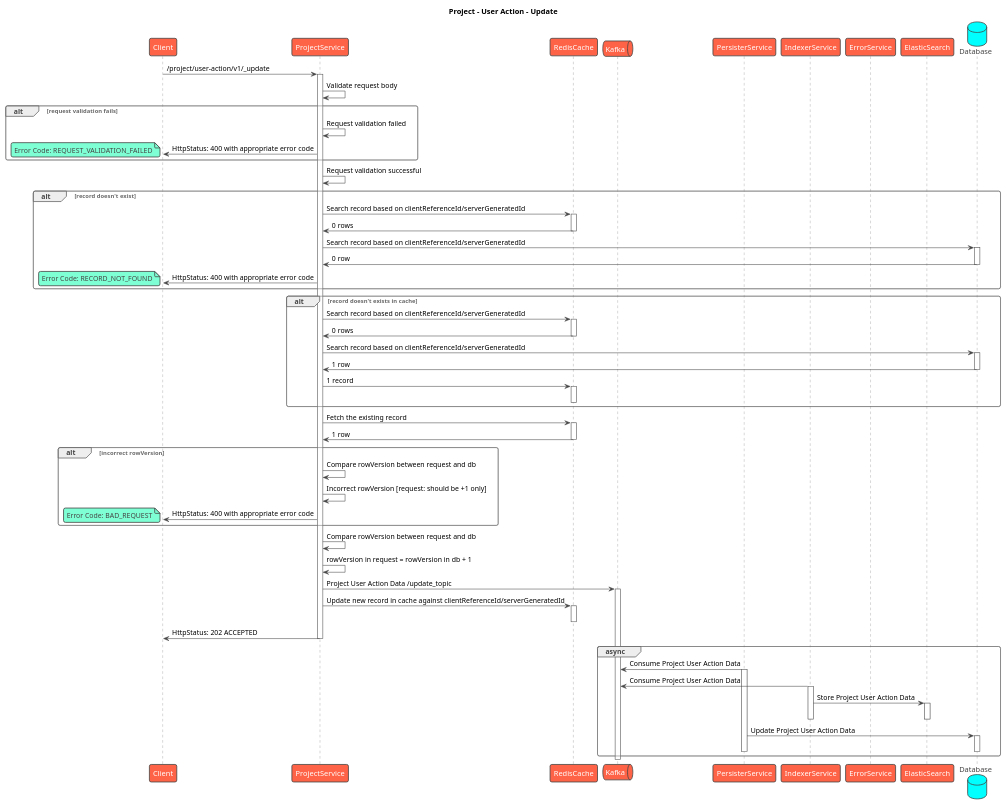
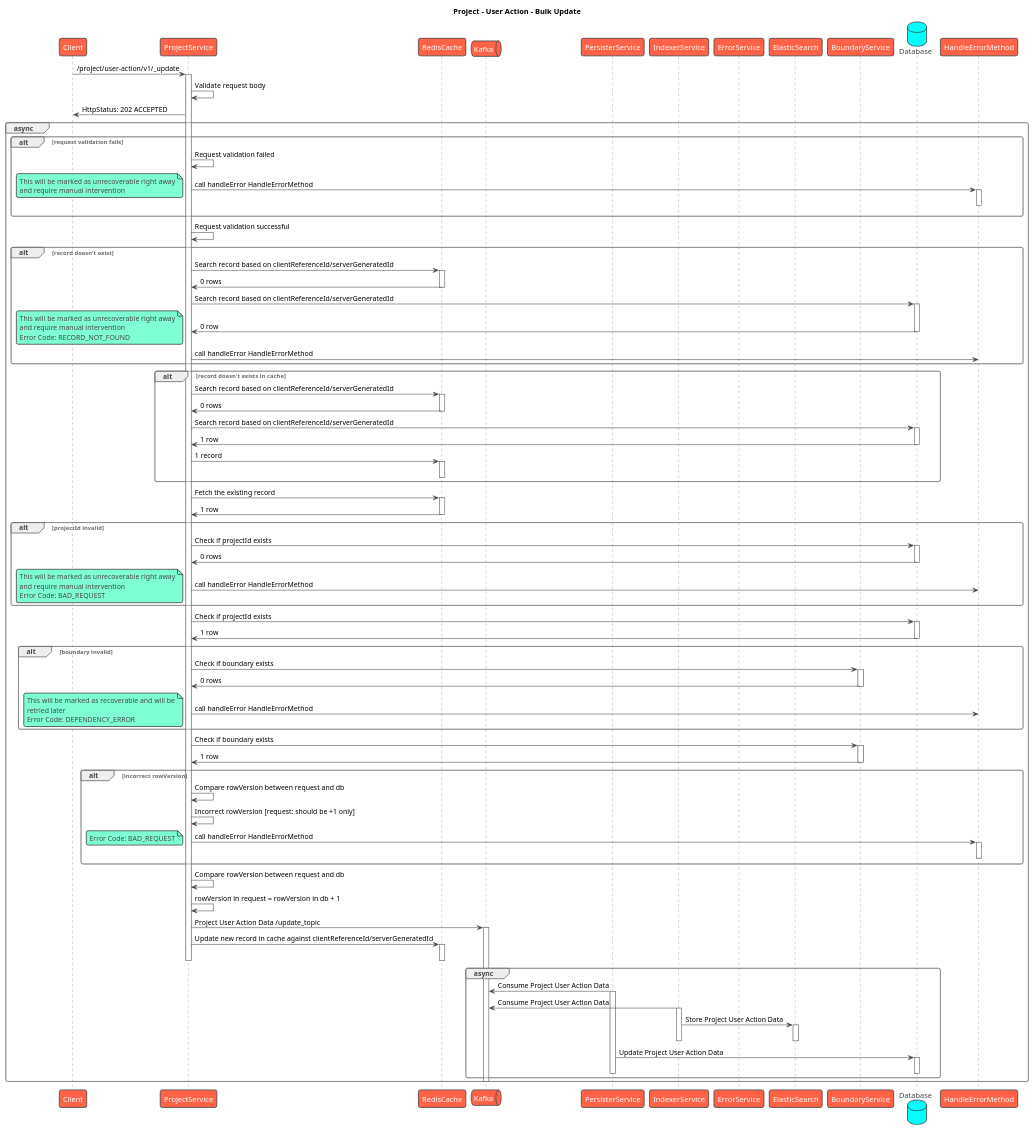
One commit to egovernments/health-campaign-services changed the diagram in docs/health-api-specs/sequence-diagrams/project/UserAction/update.puml. Above: the diagram before and after it, drawn with PlantUML. The commit also changed 3 other files, not shown here.

Commit message:
HCM updated sequence diagram for user action

```diff
--- a/docs/health-api-specs/sequence-diagrams/project/UserAction/update.puml
+++ b/docs/health-api-specs/sequence-diagrams/project/UserAction/update.puml
@@ -1,87 +1,131 @@
 @startuml
-title Project - User Action - Update
+title Project - User Action - Bulk Update
 !theme vibrant
 participant Client as c
 participant ProjectService as s
 participant RedisCache as rc
 queue Kafka as k
 participant PersisterService as prs
 participant IndexerService as idx
 participant ErrorService as es
 participant ElasticSearch as el
+participant BoundaryService as bs
 database Database as db
+participant HandleErrorMethod as he
 c -> s : /project/user-action/v1/_update
 activate s
 s -> s: Validate request body
+s -> c: HttpStatus: 202 ACCEPTED
+group async
 alt request validation fails
-     s -> s: Request validation failed
-     s -> c: HttpStatus: 400 with appropriate error code
+    s -> s: Request validation failed
+    s -> he: call handleError HandleErrorMethod
+    activate he
+    deactivate he
     note left
-      Error Code: REQUEST_VALIDATION_FAILED
+        This will be marked as unrecoverable right away
+        and require manual intervention
     end note
+
 end
 s -> s: Request validation successful
 alt record doesn't exist
     s -> rc: Search record based on clientReferenceId/serverGeneratedId
     activate rc
     rc -> s: 0 rows
     deactivate rc
     s -> db: Search record based on clientReferenceId/serverGeneratedId
     activate db
     db -> s: 0 row
     deactivate db
-    s -> c: HttpStatus: 400 with appropriate error code
     note left
-      Error Code: RECORD_NOT_FOUND
+        This will be marked as unrecoverable right away
+        and require manual intervention
+        Error Code: RECORD_NOT_FOUND
     end note
+    s -> he: call handleError HandleErrorMethod
 end
 alt record doesn't exists in cache
     s -> rc: Search record based on clientReferenceId/serverGeneratedId
     activate rc
     rc -> s: 0 rows
     deactivate rc
     s -> db: Search record based on clientReferenceId/serverGeneratedId
     activate db
     db -> s: 1 row
     deactivate db
     s -> rc: 1 record
     activate rc
     deactivate rc
 end
 s -> rc: Fetch the existing record
 activate rc
 rc -> s: 1 row
 deactivate rc
-alt incorrect rowVersion
-    s -> s: Compare rowVersion between request and db
-    s -> s: Incorrect rowVersion [request: should be +1 only]
-    s -> c: HttpStatus: 400 with appropriate error code
+alt projectId invalid
+    s -> db: Check if projectId exists
+    activate db
+    db -> s: 0 rows
+    deactivate db
+    s -> he: call handleError HandleErrorMethod
+        note left
+            This will be marked as unrecoverable right away
+            and require manual intervention
+            Error Code: BAD_REQUEST
+        end note
+end
+s -> db: Check if projectId exists
+activate db
+db -> s: 1 row
+deactivate db
+alt boundary invalid
+    s -> bs: Check if boundary exists
+    activate bs
+    bs -> s: 0 rows
+    deactivate bs
+    s -> he: call handleError HandleErrorMethod
     note left
-      Error Code: BAD_REQUEST
+        This will be marked as recoverable and will be
+        retried later
+        Error Code: DEPENDENCY_ERROR
     end note
 end
+s -> bs: Check if boundary exists
+activate bs
+bs -> s: 1 row
+deactivate bs
+alt incorrect rowVersion
+        s -> s: Compare rowVersion between request and db
+        s -> s: Incorrect rowVersion [request: should be +1 only]
+        s -> he: call handleError HandleErrorMethod
+        activate he
+        deactivate he
+        note left
+          Error Code: BAD_REQUEST
+        end note
+    end
 s -> s: Compare rowVersion between request and db
 s -> s: rowVersion in request = rowVersion in db + 1
 s -> k: Project User Action Data /update_topic
 activate k
 s -> rc: Update new record in cache against clientReferenceId/serverGeneratedId
 activate rc
 deactivate rc
-s -> c: HttpStatus: 202 ACCEPTED
 deactivate s
 group async
     prs -> k: Consume Project User Action Data
     activate prs
     idx -> k: Consume Project User Action Data
     activate idx
     idx -> el: Store Project User Action Data
     activate el
     deactivate el
     deactivate idx
     prs -> db: Update Project User Action Data
     activate db
     deactivate db
     deactivate prs
 end
 deactivate k
+end
 @enduml
```
